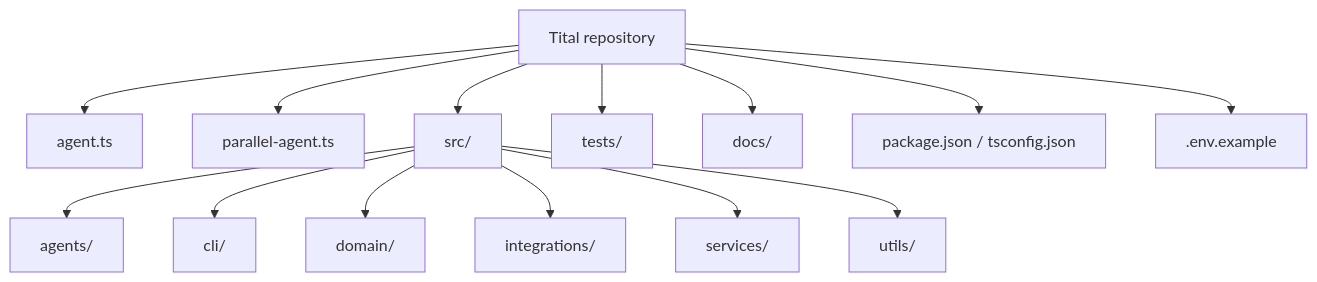
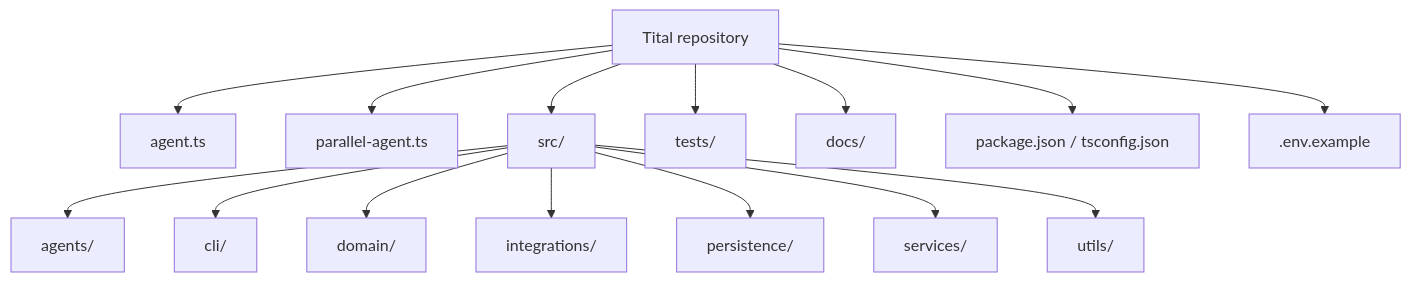
One commit to amin076/tital changed the first of 2 diagrams in docs/architecture/repository-structure.md. Above: the diagram before and after it, drawn with Mermaid. The commit also changed other lines of this file and 6 other files, not shown here.

````diff
--- a/docs/architecture/repository-structure.md
+++ b/docs/architecture/repository-structure.md
@@ -5,18 +5,19 @@
 ```mermaid
 graph TD
     ROOT[Tital repository]
     ROOT --> A[agent.ts]
     ROOT --> PA[parallel-agent.ts]
     ROOT --> SRC[src/]
     ROOT --> T[tests/]
     ROOT --> D[docs/]
     ROOT --> PKG[package.json / tsconfig.json]
     ROOT --> ENV[.env.example]
 
     SRC --> AG[agents/]
     SRC --> CLI[cli/]
     SRC --> DOM[domain/]
     SRC --> INT[integrations/]
+    SRC --> PER[persistence/]
     SRC --> SVC[services/]
     SRC --> U[utils/]
 ```
````
